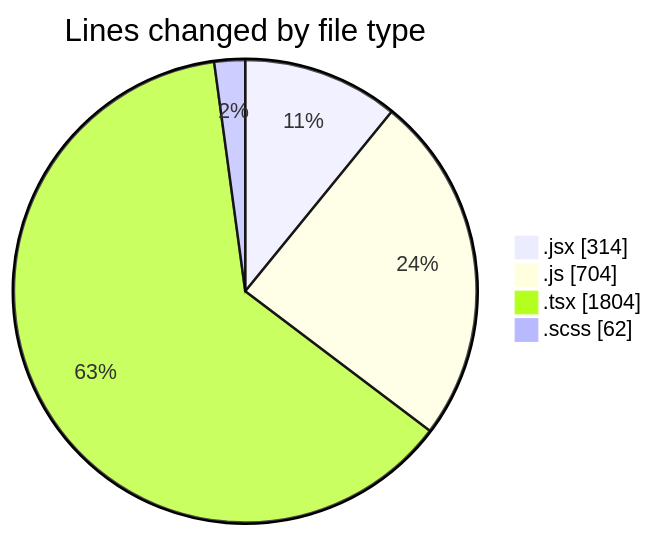
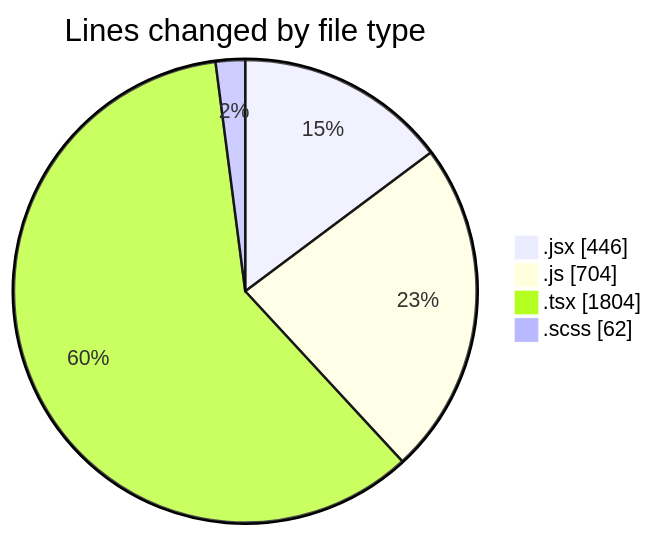
The first of 2 diagrams in 2026-02-12/cda/README.md (momahboobian/code-tracking), drawn with Mermaid before and after one commit. The commit also changed other lines of this file and 1 other file, not shown here.

````diff
--- a/2026-02-12/cda/README.md
+++ b/2026-02-12/cda/README.md
@@ -27,8 +27,8 @@
 ```mermaid
 pie showData
 title Lines changed by file type
-".jsx" : 314
+".jsx" : 446
 ".js" : 704
 ".tsx" : 1804
 ".scss" : 62
 ```
````
